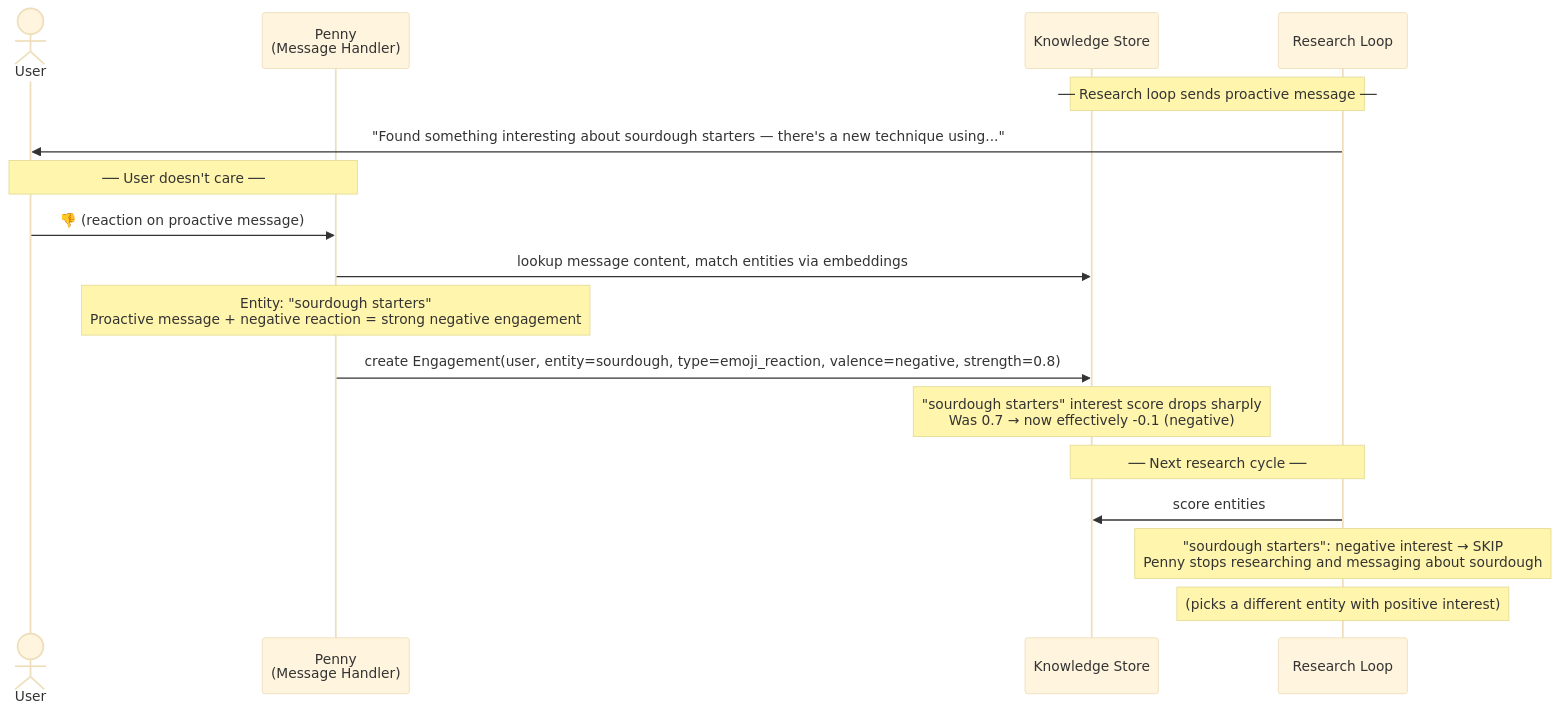
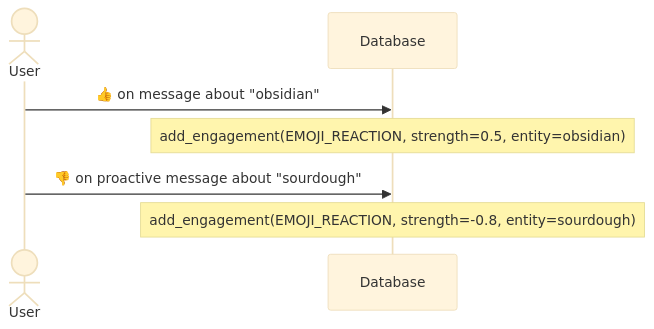
The ninth of 11 diagrams in docs/knowledge-system-flows.md (jaredlockhart/penny), drawn with Mermaid (base theme) before and after one commit. The commit also changed other lines of this file and 1 other file, not shown here.

First line of the commit message:
Knowledge system v2 design docs (#324)

````diff
--- a/docs/knowledge-system-flows.md
+++ b/docs/knowledge-system-flows.md
@@ -317,26 +137,11 @@
 ```mermaid
 sequenceDiagram
     actor User
-    participant Penny as Penny<br/>(Message Handler)
-    participant DB as Knowledge Store
-    participant Research as Research Loop
+    participant DB as Database
 
-    Note over Research,DB: ── Research loop sends proactive message ──
+    User->>DB: 👍 on message about "obsidian"
+    Note over DB: add_engagement(EMOJI_REACTION, strength=0.5, entity=obsidian)
 
-    Research->>User: "Found something interesting about sourdough starters — there's a new technique using..."
-
-    Note over User,Penny: ── User doesn't care ──
-
-    User->>Penny: 👎 (reaction on proactive message)
-    Penny->>DB: lookup message content, match entities via embeddings
-    Note over Penny: Entity: "sourdough starters"<br/>Proactive message + negative reaction = strong negative engagement
-    Penny->>DB: create Engagement(user, entity=sourdough, type=emoji_reaction, valence=negative, strength=0.8)
-
-    Note over DB: "sourdough starters" interest score drops sharply<br/>Was 0.7 → now effectively -0.1 (negative)
-
-    Note over Research,DB: ── Next research cycle ──
-
-    Research->>DB: score entities
-    Note over Research: "sourdough starters": negative interest → SKIP<br/>Penny stops researching and messaging about sourdough
-    Note over Research: (picks a different entity with positive interest)
+    User->>DB: 👎 on proactive message about "sourdough"
+    Note over DB: add_engagement(EMOJI_REACTION, strength=-0.8, entity=sourdough)
 ```
````
